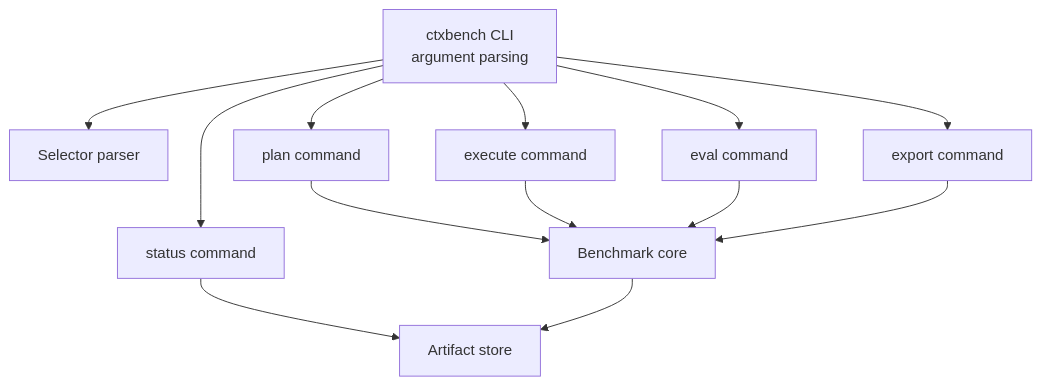
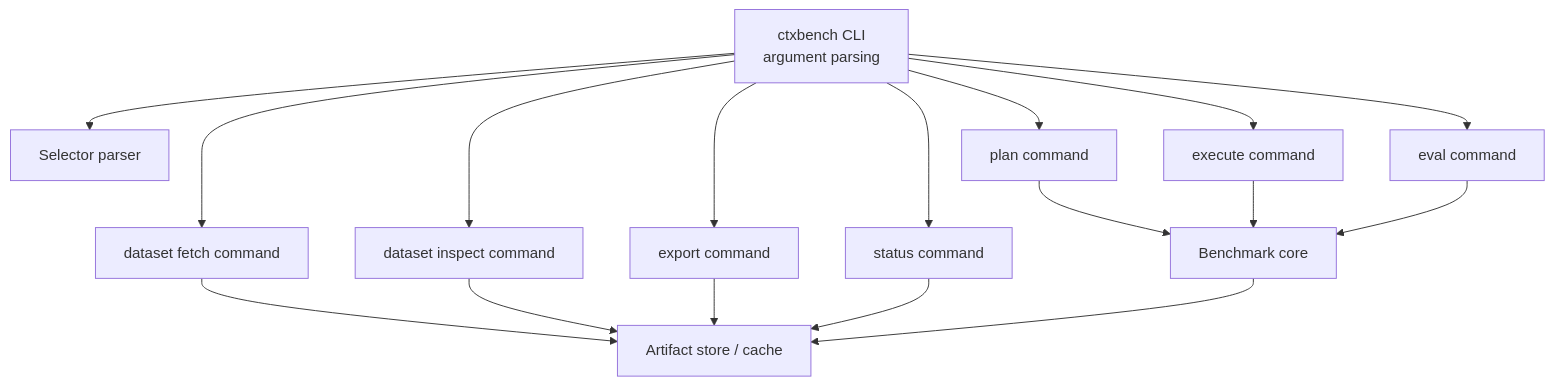
The diagram in docs/architecture/cli-architecture.md (ctxbench/ctxbench-cli), drawn with Mermaid before and after one commit. The commit also changed other lines of this file and 11 other files, not shown here.

````diff
--- a/docs/architecture/cli-architecture.md
+++ b/docs/architecture/cli-architecture.md
@@ -19,26 +21,32 @@
 ```mermaid
 flowchart TB
     CLI["ctxbench CLI<br/>argument parsing"]
     Selectors["Selector parser"]
+    DatasetFetch["dataset fetch command"]
+    DatasetInspect["dataset inspect command"]
     Plan["plan command"]
     Execute["execute command"]
     Eval["eval command"]
     Export["export command"]
     Status["status command"]
     Core["Benchmark core"]
-    Store["Artifact store"]
+    Store["Artifact store / cache"]
 
     CLI --> Selectors
+    CLI --> DatasetFetch
+    CLI --> DatasetInspect
     CLI --> Plan
     CLI --> Execute
     CLI --> Eval
     CLI --> Export
     CLI --> Status
 
+    DatasetFetch --> Store
+    DatasetInspect --> Store
     Plan --> Core
     Execute --> Core
     Eval --> Core
-    Export --> Core
+    Export --> Store
     Status --> Store
     Core --> Store
 ```
````
